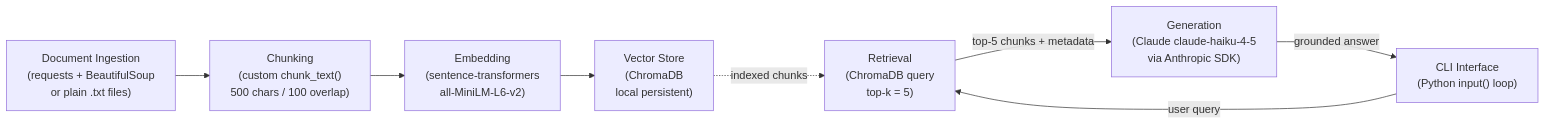
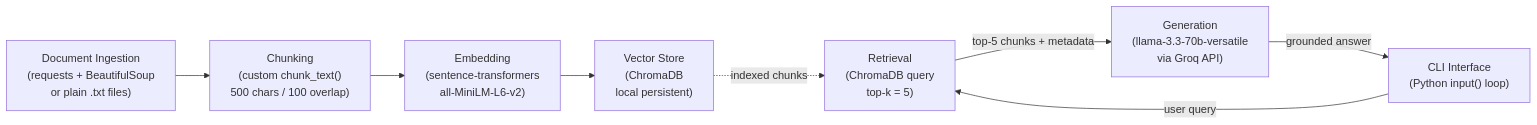
One commit to Jugal-JG/ai201-project1-unofficial-guide-starter changed the diagram in planning.md. Above: the diagram before and after it, drawn with Mermaid.

Commit message:
Fix planning.md: replace Claude haiku with Groq llama-3.3-70b in architecture diagram

````diff
--- a/planning.md
+++ b/planning.md
@@ -103,16 +103,16 @@
 ```mermaid
 flowchart LR
     A["Document Ingestion\n(requests + BeautifulSoup\nor plain .txt files)"]
     B["Chunking\n(custom chunk_text()\n500 chars / 100 overlap)"]
     C["Embedding\n(sentence-transformers\nall-MiniLM-L6-v2)"]
     D["Vector Store\n(ChromaDB\nlocal persistent)"]
     E["Retrieval\n(ChromaDB query\ntop-k = 5)"]
-    F["Generation\n(Claude claude-haiku-4-5\nvia Anthropic SDK)"]
+    F["Generation\n(llama-3.3-70b-versatile\nvia Groq API)"]
     G["CLI Interface\n(Python input() loop)"]
 
     A --> B --> C --> D
     G -->|user query| E
     E -->|top-5 chunks + metadata| F
     F -->|grounded answer| G
     D -.->|indexed chunks| E
 ```
````
